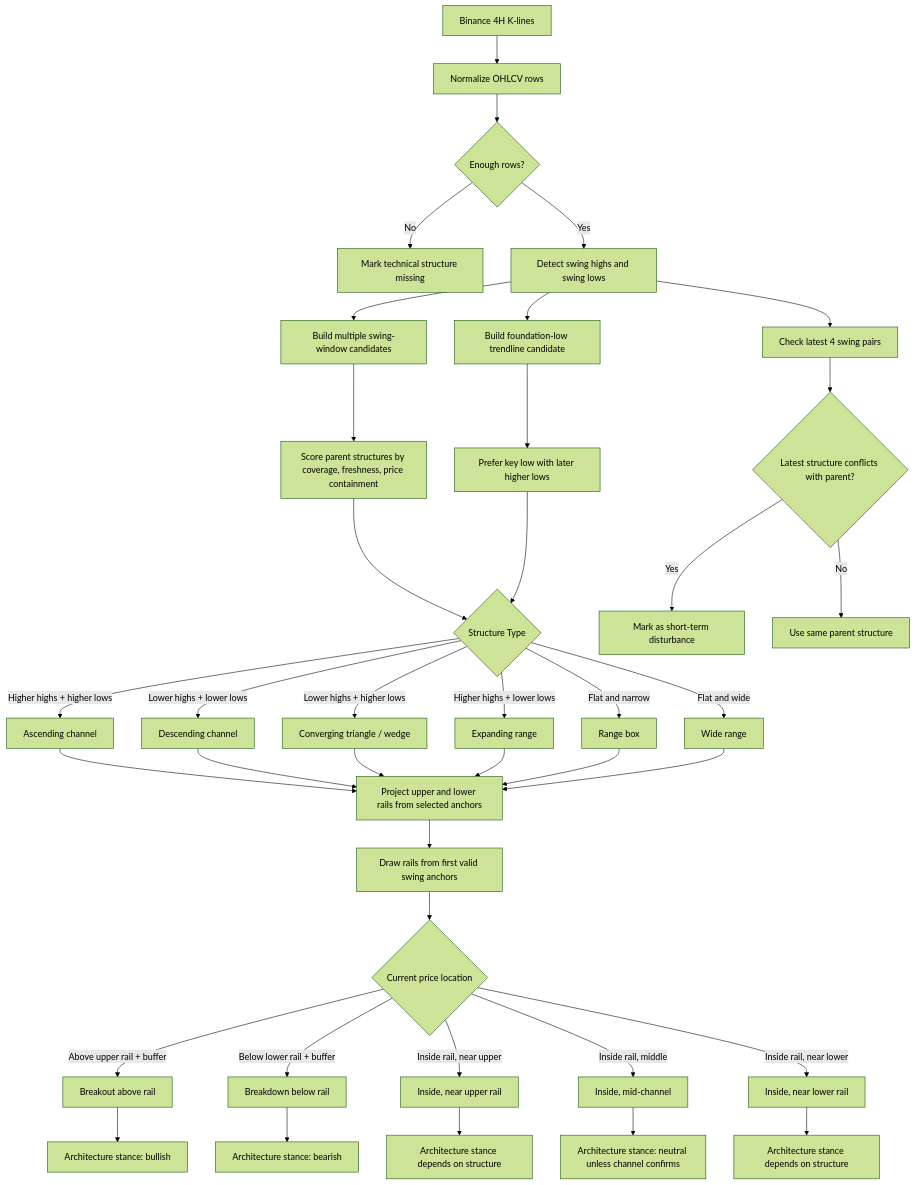
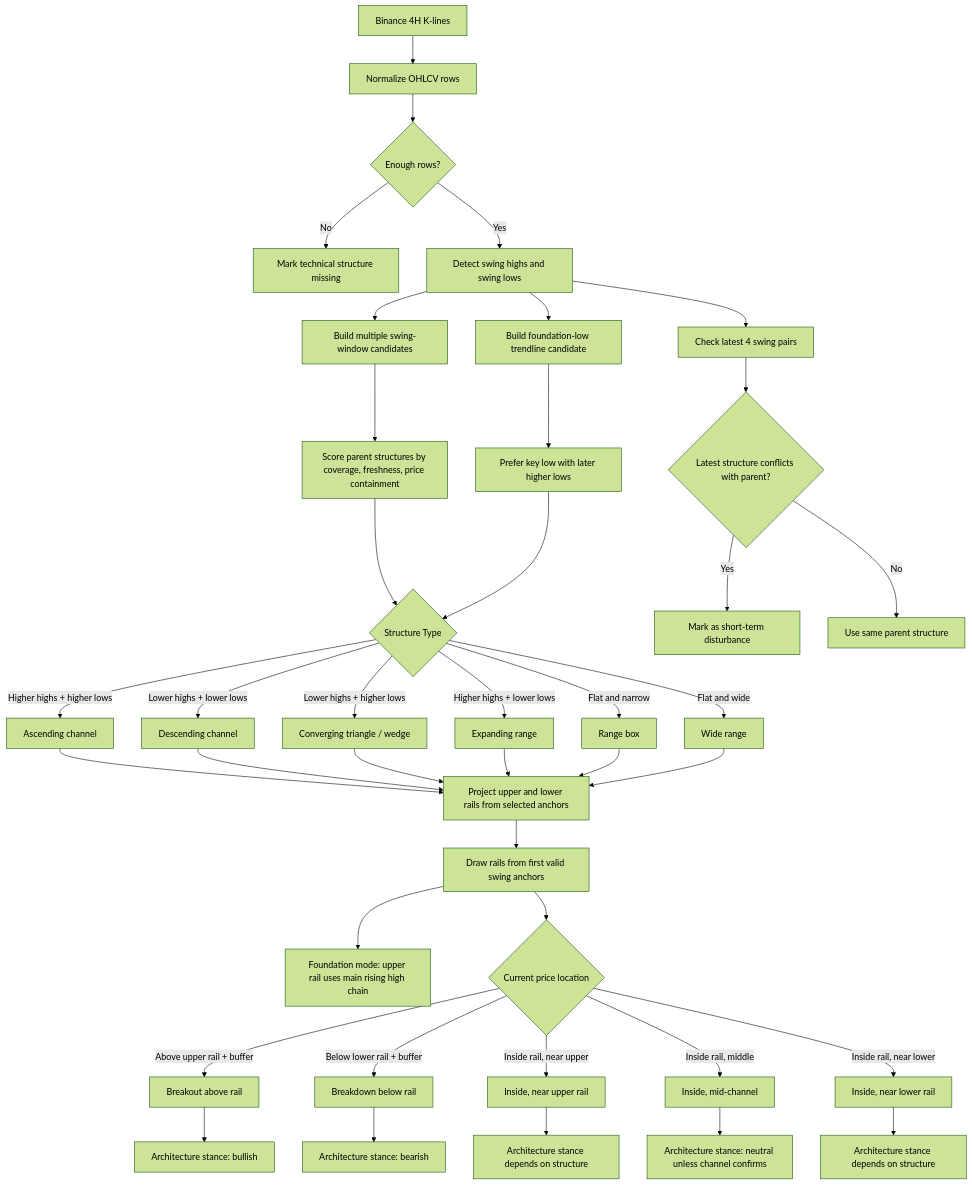
One commit to Lzh-xbccz/hermes-finance changed the first of 3 diagrams in docs/TECHNICAL_ARCHITECTURE.md. Above: the diagram before and after it, drawn with Mermaid (forest theme). The commit also changed 5 other files, not shown here.

Commit message:
fix: use main high chain for crypto upper rail

````diff
--- a/docs/TECHNICAL_ARCHITECTURE.md
+++ b/docs/TECHNICAL_ARCHITECTURE.md
@@ -7,47 +7,48 @@
 ```mermaid
 flowchart TD
     A[Binance 4H K-lines] --> B[Normalize OHLCV rows]
     B --> C{Enough rows?}
     C -- No --> C1[Mark technical structure missing]
     C -- Yes --> D[Detect swing highs and swing lows]
 
     D --> E[Build multiple swing-window candidates]
     D --> E1[Build foundation-low trendline candidate]
     E --> F[Score parent structures by coverage, freshness, price containment]
     E1 --> F1[Prefer key low with later higher lows]
     F --> G{Structure Type}
     F1 --> G
 
     G -- Higher highs + higher lows --> G1[Ascending channel]
     G -- Lower highs + lower lows --> G2[Descending channel]
     G -- Lower highs + higher lows --> G3[Converging triangle / wedge]
     G -- Higher highs + lower lows --> G4[Expanding range]
     G -- Flat and narrow --> G5[Range box]
     G -- Flat and wide --> G6[Wide range]
 
     G1 --> H[Project upper and lower rails from selected anchors]
     G2 --> H
     G3 --> H
     G4 --> H
     G5 --> H
     G6 --> H
 
     H --> H1[Draw rails from first valid swing anchors]
+    H1 --> H6[Foundation mode: upper rail uses main rising high chain]
     D --> H2[Check latest 4 swing pairs]
     H2 --> H3{Latest structure conflicts with parent?}
     H3 -- Yes --> H4[Mark as short-term disturbance]
     H3 -- No --> H5[Use same parent structure]
 
     H1 --> I{Current price location}
     I -- Above upper rail + buffer --> I1[Breakout above rail]
     I -- Below lower rail + buffer --> I2[Breakdown below rail]
     I -- Inside rail, near upper --> I3[Inside, near upper rail]
     I -- Inside rail, middle --> I4[Inside, mid-channel]
     I -- Inside rail, near lower --> I5[Inside, near lower rail]
 
     I1 --> J1[Architecture stance: bullish]
     I2 --> J2[Architecture stance: bearish]
     I3 --> J3[Architecture stance depends on structure]
     I4 --> J4[Architecture stance: neutral unless channel confirms]
     I5 --> J5[Architecture stance depends on structure]
 ```
````
